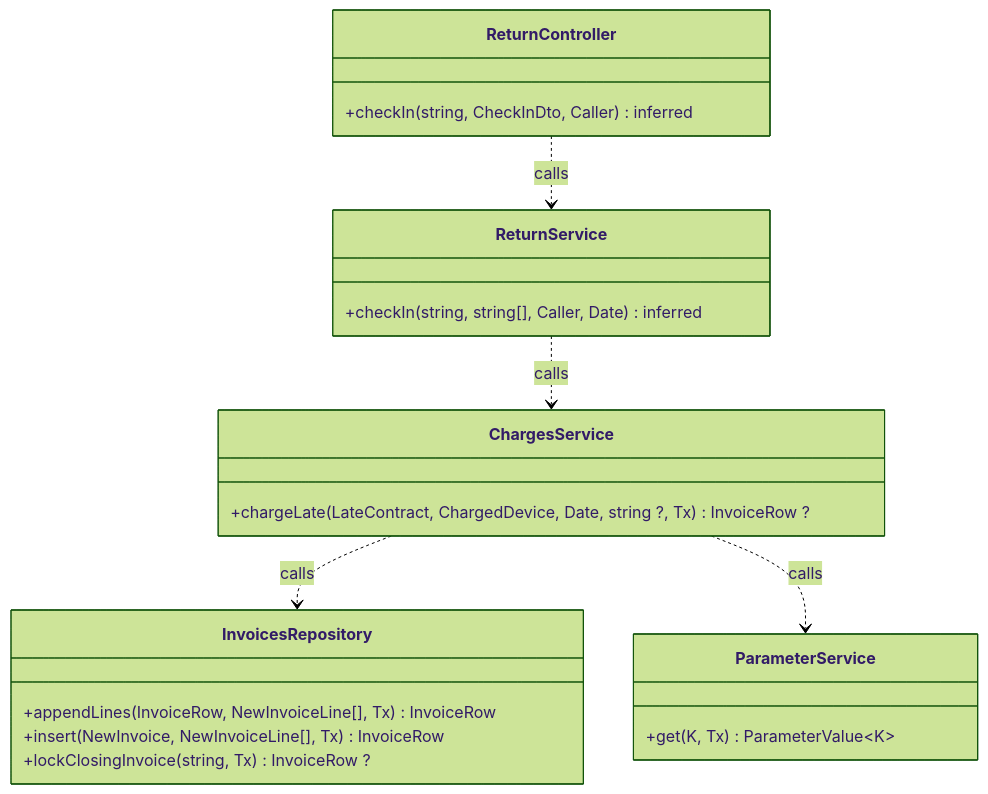
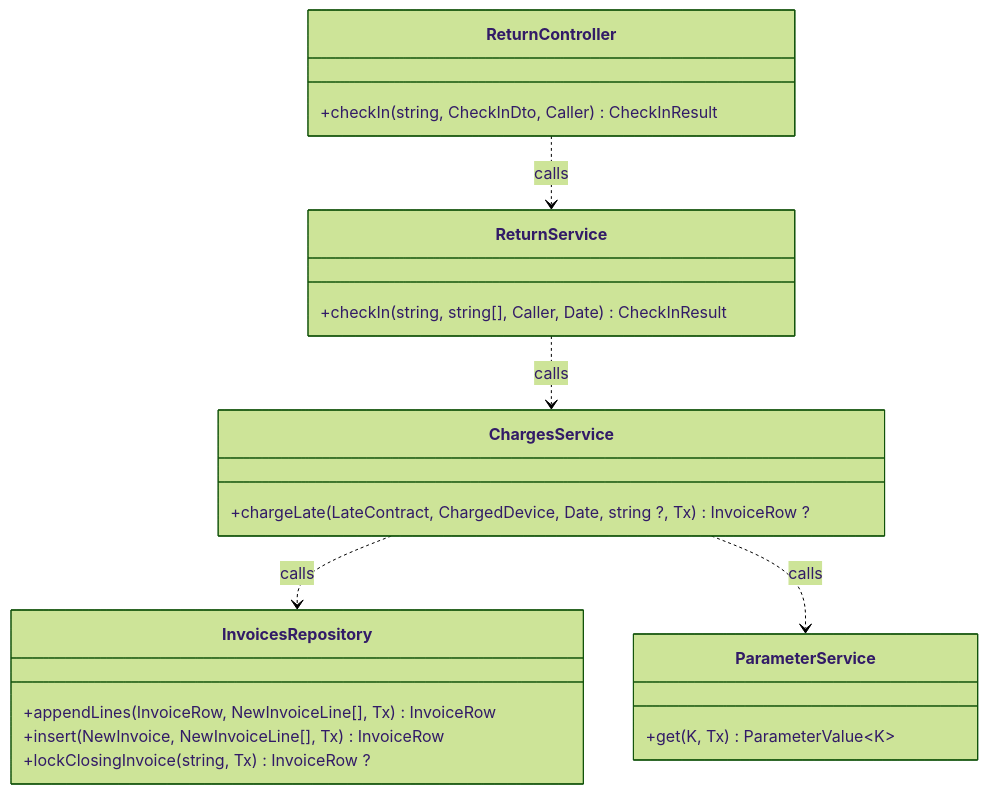
One commit to TrekLink-Team/treklink-web changed the eighth of 17 diagrams in specs/billing/design.md. Above: the diagram before and after it, drawn with Mermaid (forest theme). The commit also changed other lines of this file and 2 other files, not shown here.

````diff
--- a/specs/billing/design.md
+++ b/specs/billing/design.md
@@ -341,25 +341,25 @@
 ```mermaid
 classDiagram
     direction TB
     class ReturnController {
-        +checkIn(string, CheckInDto, Caller) inferred
+        +checkIn(string, CheckInDto, Caller) CheckInResult
     }
     class ReturnService {
-        +checkIn(string, string[], Caller, Date) inferred
+        +checkIn(string, string[], Caller, Date) CheckInResult
     }
     class ChargesService {
         +chargeLate(LateContract, ChargedDevice, Date, string ?, Tx) InvoiceRow ?
     }
     class ParameterService {
         +get(K, Tx) ParameterValue~K~
     }
     class InvoicesRepository {
         +appendLines(InvoiceRow, NewInvoiceLine[], Tx) InvoiceRow
         +insert(NewInvoice, NewInvoiceLine[], Tx) InvoiceRow
         +lockClosingInvoice(string, Tx) InvoiceRow ?
     }
     ChargesService ..> InvoicesRepository : calls
     ChargesService ..> ParameterService : calls
     ReturnController ..> ReturnService : calls
     ReturnService ..> ChargesService : calls
 ```
````
